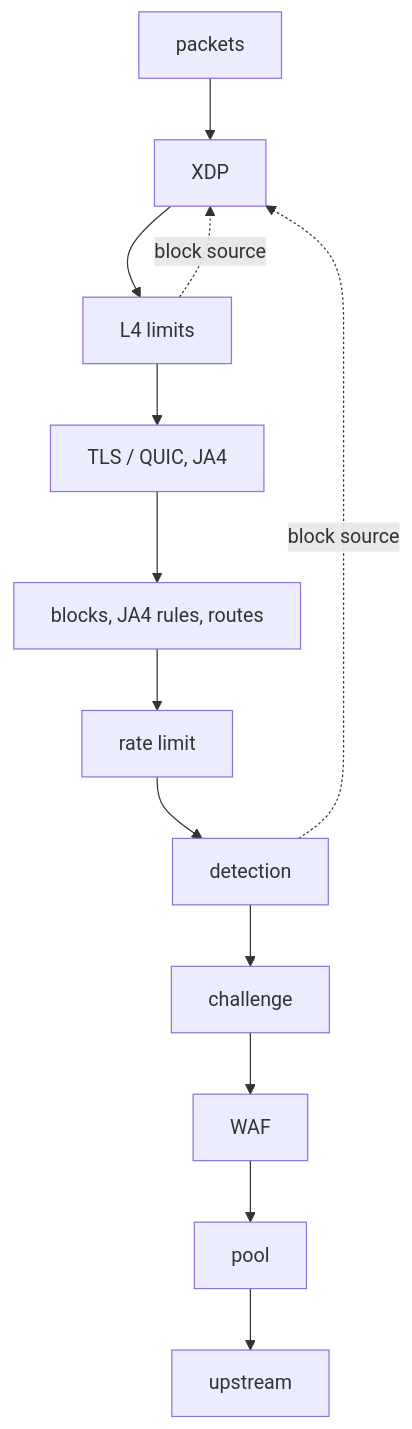
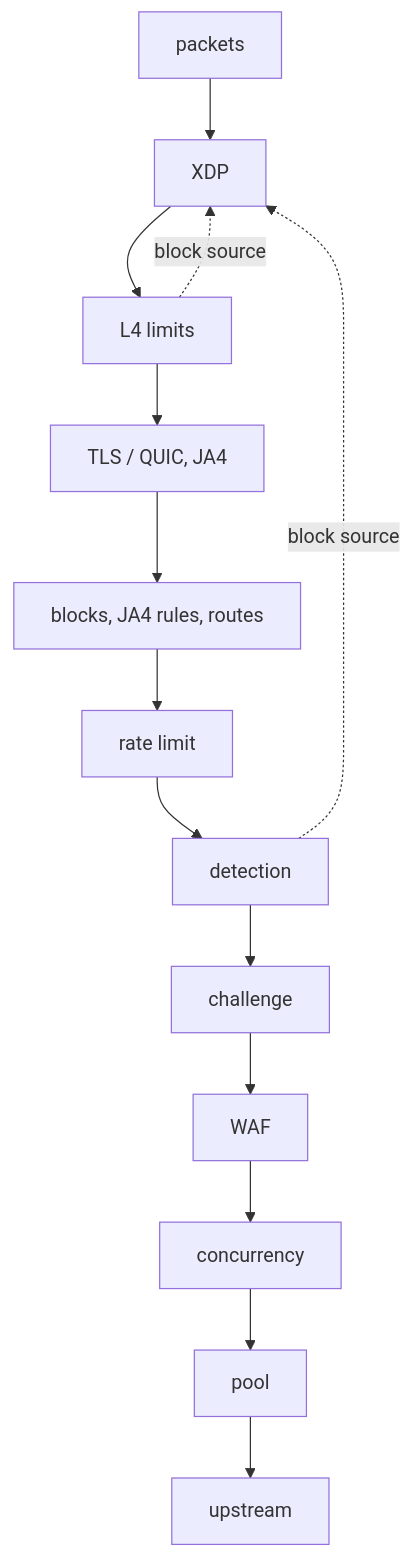
Before and after one commit to franzramadhan/dvarapala: the diagram in README.md, drawn with Mermaid. The commit also changed other lines of this file and 18 other files, not shown here.

````diff
--- a/README.md
+++ b/README.md
@@ -207,15 +212,16 @@
 ```mermaid
 flowchart TD
   P[packets] --> X[XDP]
   X --> L4[L4 limits]
   L4 --> T[TLS / QUIC, JA4]
   T --> B[blocks, JA4 rules, routes]
   B --> R[rate limit]
   R --> DT[detection]
   DT --> C[challenge]
   C --> W[WAF]
-  W --> PL[pool]
+  W --> CC[concurrency]
+  CC --> PL[pool]
   PL --> U[upstream]
   L4 -.->|block source| X
   DT -.->|block source| X
 ```
````
